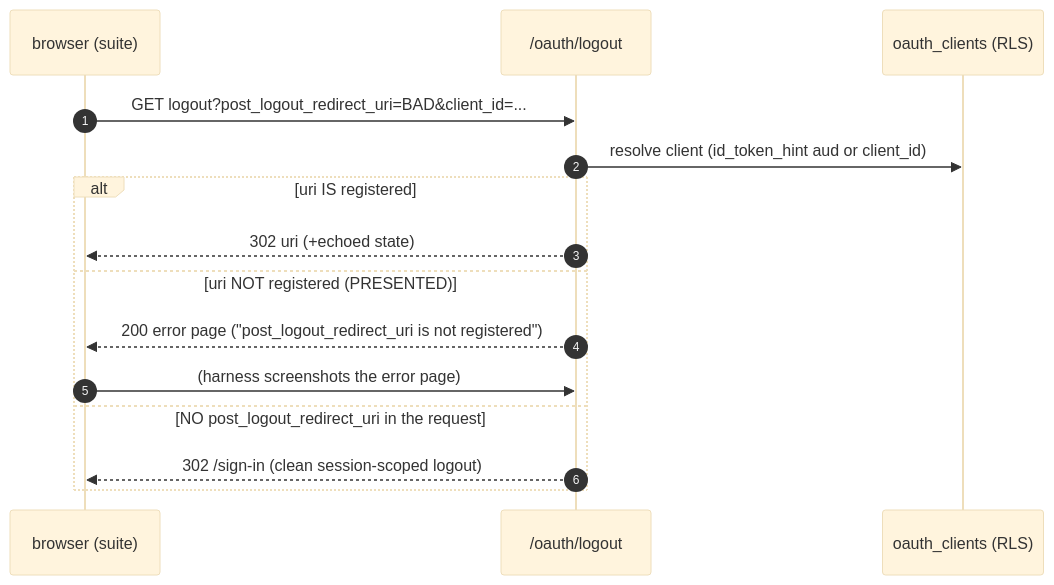
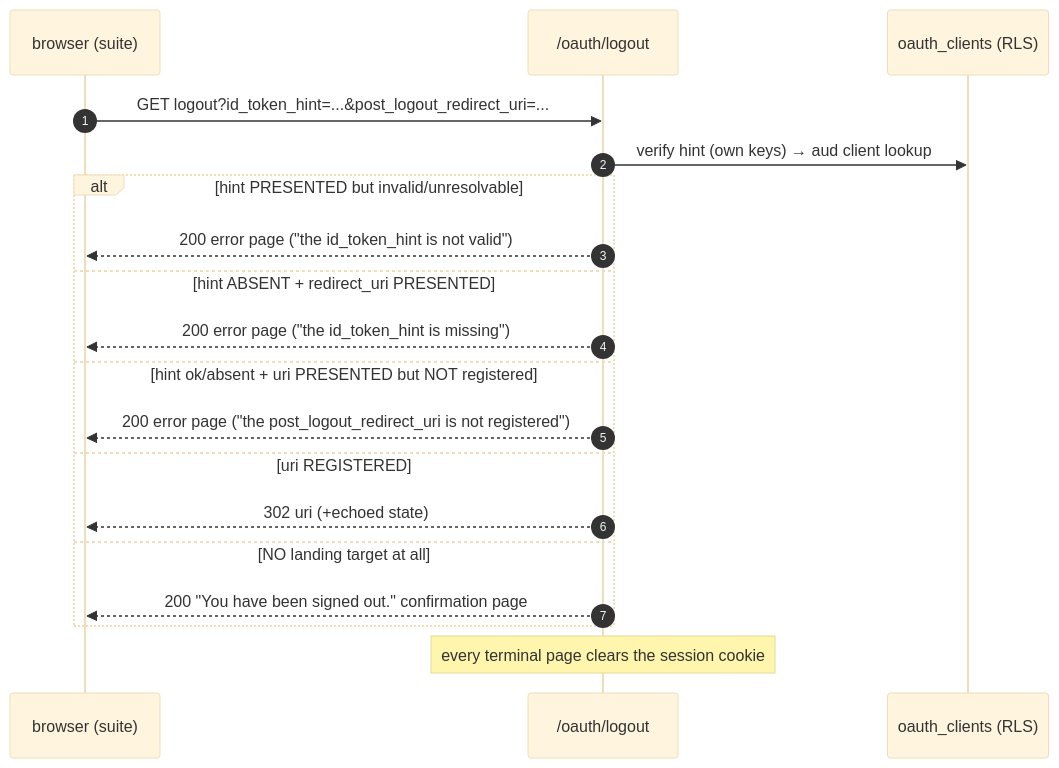
Diagram 20 of 25 in docs/services/auth/design.md (Sentin8/sentin8-site), drawn with Mermaid (base theme) before and after one commit. The commit also changed other lines of this file and 13 other files, not shown here.

````diff
--- a/docs/services/auth/design.md
+++ b/docs/services/auth/design.md
@@ -1824,17 +1963,21 @@
 ```mermaid
 sequenceDiagram
     autonumber
     participant B as browser (suite)
     participant L as /oauth/logout
     participant D as oauth_clients (RLS)
-    B->>L: GET logout?post_logout_redirect_uri=BAD&client_id=...
-    L->>D: resolve client (id_token_hint aud or client_id)
-    alt uri IS registered
+    B->>L: GET logout?id_token_hint=...&post_logout_redirect_uri=...
+    L->>D: verify hint (own keys) → aud client lookup
+    alt hint PRESENTED but invalid/unresolvable
+        L-->>B: 200 error page ("the id_token_hint is not valid")
+    else hint ABSENT + redirect_uri PRESENTED
+        L-->>B: 200 error page ("the id_token_hint is missing")
+    else hint ok/absent + uri PRESENTED but NOT registered
+        L-->>B: 200 error page ("the post_logout_redirect_uri is not registered")
+    else uri REGISTERED
         L-->>B: 302 uri (+echoed state)
-    else uri NOT registered (PRESENTED)
-        L-->>B: 200 error page ("post_logout_redirect_uri is not registered")
-        B->>L: (harness screenshots the error page)
-    else NO post_logout_redirect_uri in the request
-        L-->>B: 302 /sign-in (clean session-scoped logout)
+    else NO landing target at all
+        L-->>B: 200 "You have been signed out." confirmation page
     end
+    Note over L: every terminal page clears the session cookie
 ```
````
